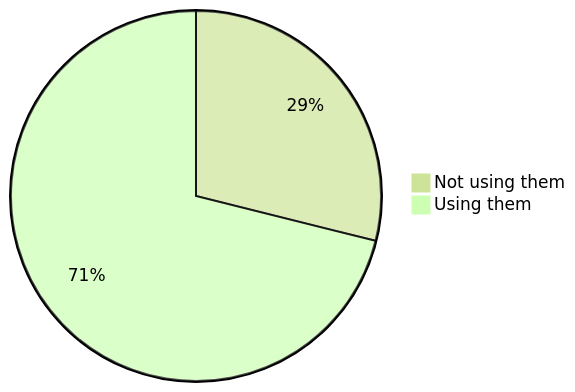
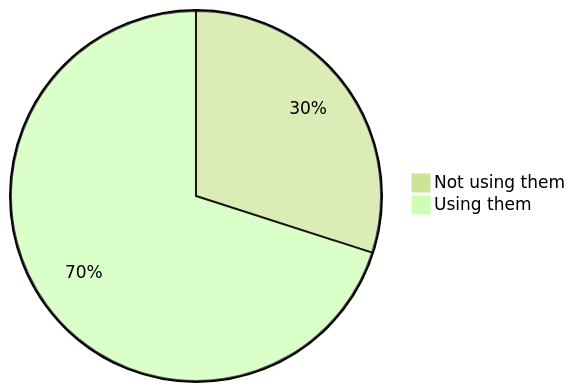
Before and after one commit to oshp/oshp-stats: the first of 22 diagrams in stats.md, drawn with Mermaid (forest theme). The commit also changed other lines of this file, not shown here.

````diff
--- a/stats.md
+++ b/stats.md
@@ -10,6 +10,6 @@
 ```mermaid
 pie
-	"Not using them" : 28.89
-	"Using them" : 71.11
+	"Not using them" : 29.95
+	"Using them" : 70.05
 
 ```
````
